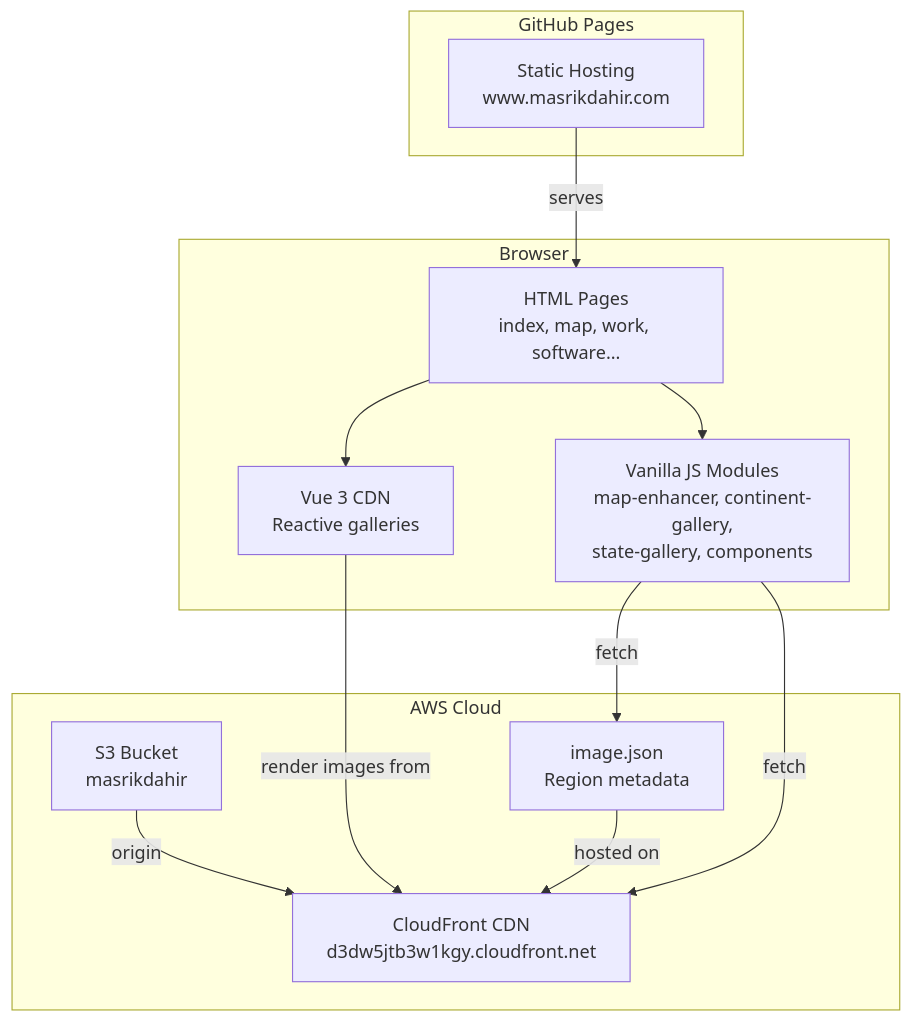
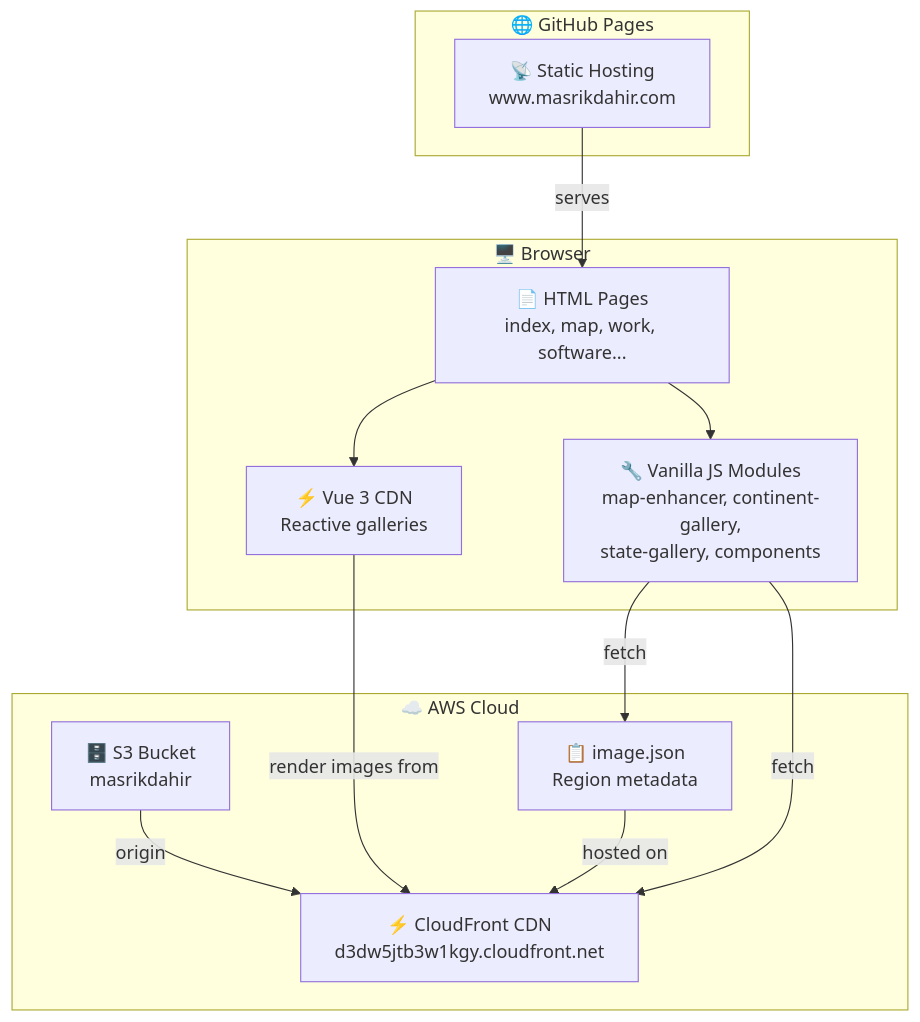
One commit to Masrik-Dahir/Masrik-Dahir.github.io changed the first of 4 diagrams in README.md. Above: the diagram before and after it, drawn with Mermaid. The commit also changed other lines of this file and 1 other file, not shown here.

````diff
--- a/README.md
+++ b/README.md
@@ -81,27 +81,27 @@
 ```mermaid
 graph TB
-    subgraph Browser["Browser"]
-        Pages["HTML Pages<br/>index, map, work, software..."]
-        Vue["Vue 3 CDN<br/>Reactive galleries"]
-        JS["Vanilla JS Modules<br/>map-enhancer, continent-gallery,<br/>state-gallery, components"]
+    subgraph Browser["🖥️ Browser"]
+        Pages["📄 HTML Pages<br/>index, map, work, software..."]
+        Vue["⚡ Vue 3 CDN<br/>Reactive galleries"]
+        JS["🔧 Vanilla JS Modules<br/>map-enhancer, continent-gallery,<br/>state-gallery, components"]
     end
 
-    subgraph GitHub["GitHub Pages"]
-        Static["Static Hosting<br/>www.masrikdahir.com"]
+    subgraph GitHub["🌐 GitHub Pages"]
+        Static["📡 Static Hosting<br/>www.masrikdahir.com"]
     end
 
-    subgraph AWS["AWS Cloud"]
-        S3["S3 Bucket<br/>masrikdahir"]
-        CF["CloudFront CDN<br/>d3dw5jtb3w1kgy.cloudfront.net"]
-        ImageJSON["image.json<br/>Region metadata"]
+    subgraph AWS["☁️ AWS Cloud"]
+        S3["🗄️ S3 Bucket<br/>masrikdahir"]
+        CF["⚡ CloudFront CDN<br/>d3dw5jtb3w1kgy.cloudfront.net"]
+        ImageJSON["📋 image.json<br/>Region metadata"]
     end
 
     Pages --> Vue
     Pages --> JS
     Static --> |serves| Pages
     JS --> |fetch| ImageJSON
     JS --> |fetch| CF
     Vue --> |render images from| CF
     S3 --> |origin| CF
     ImageJSON --> |hosted on| CF
 ```
````
